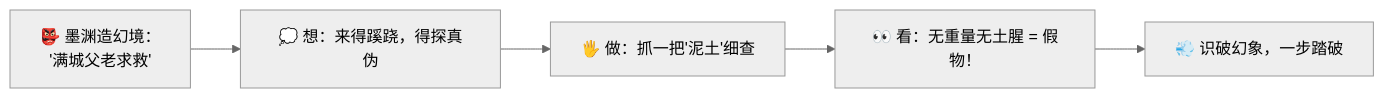
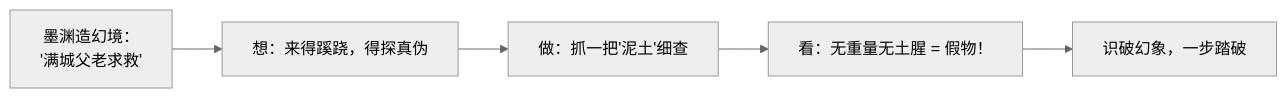
One commit to luckykhy/KhyAiHub changed the third of 3 diagrams in docs/09_STORY_修仙学AI/STORY-番外/[STORY-番外-105] 番外06·思行合一·观己而动.md. Above: the diagram before and after it, drawn with Mermaid (neutral theme). The commit also changed other lines of this file and 19 other files, not shown here.

````diff
--- a/docs/09_STORY_修仙学AI/STORY-番外/[STORY-番外-105] 番外06·思行合一·观己而动.md
+++ b/docs/09_STORY_修仙学AI/STORY-番外/[STORY-番外-105] 番外06·思行合一·观己而动.md
@@ -133,7 +133,7 @@
 ```mermaid
 flowchart LR
-  HUAN["👺 墨渊造幻境：<br/>'满城父老求救'"] --> T["💭 想：来得蹊跷，得探真伪"]
-  T --> A["🖐️ 做：抓一把'泥土'细查"]
-  A --> O["👀 看：无重量无土腥 = 假物！"]
-  O --> BREAK["💨 识破幻象，一步踏破"]
+  HUAN["墨渊造幻境：<br/>'满城父老求救'"] --> T["想：来得蹊跷，得探真伪"]
+  T --> A["做：抓一把'泥土'细查"]
+  A --> O["看：无重量无土腥 = 假物！"]
+  O --> BREAK["识破幻象，一步踏破"]
 ```
````
